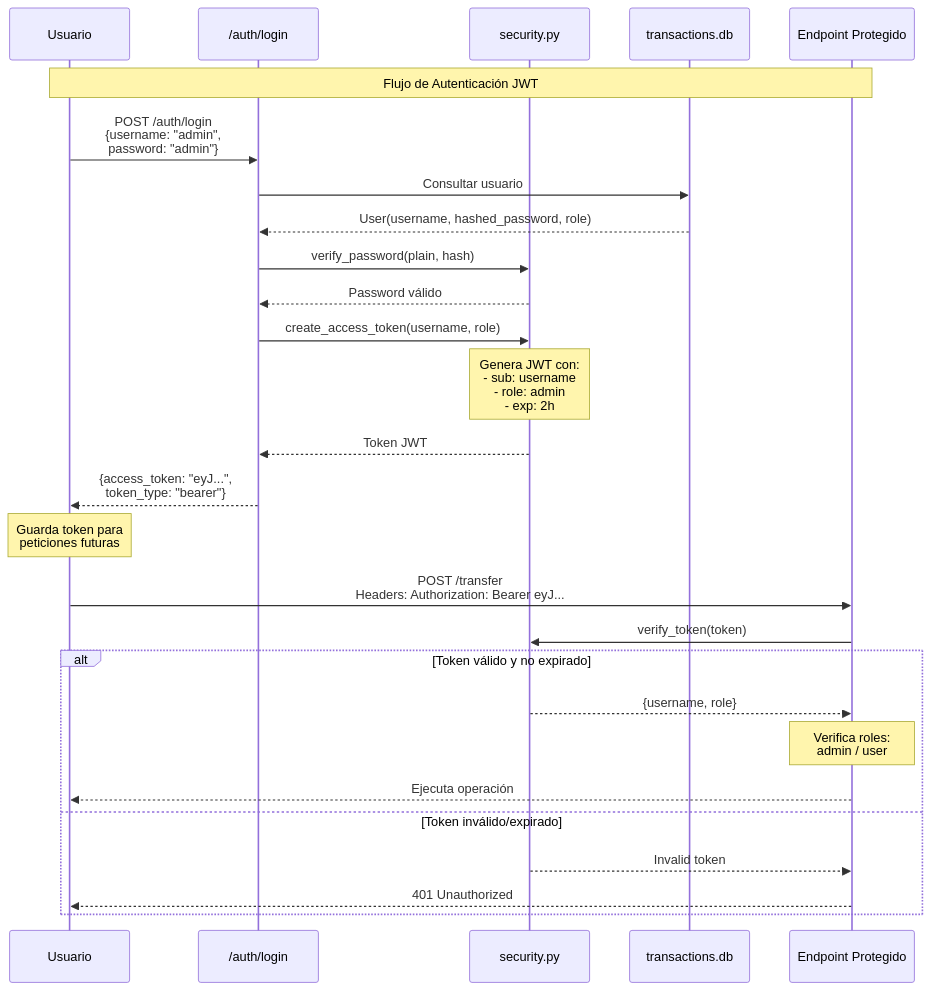
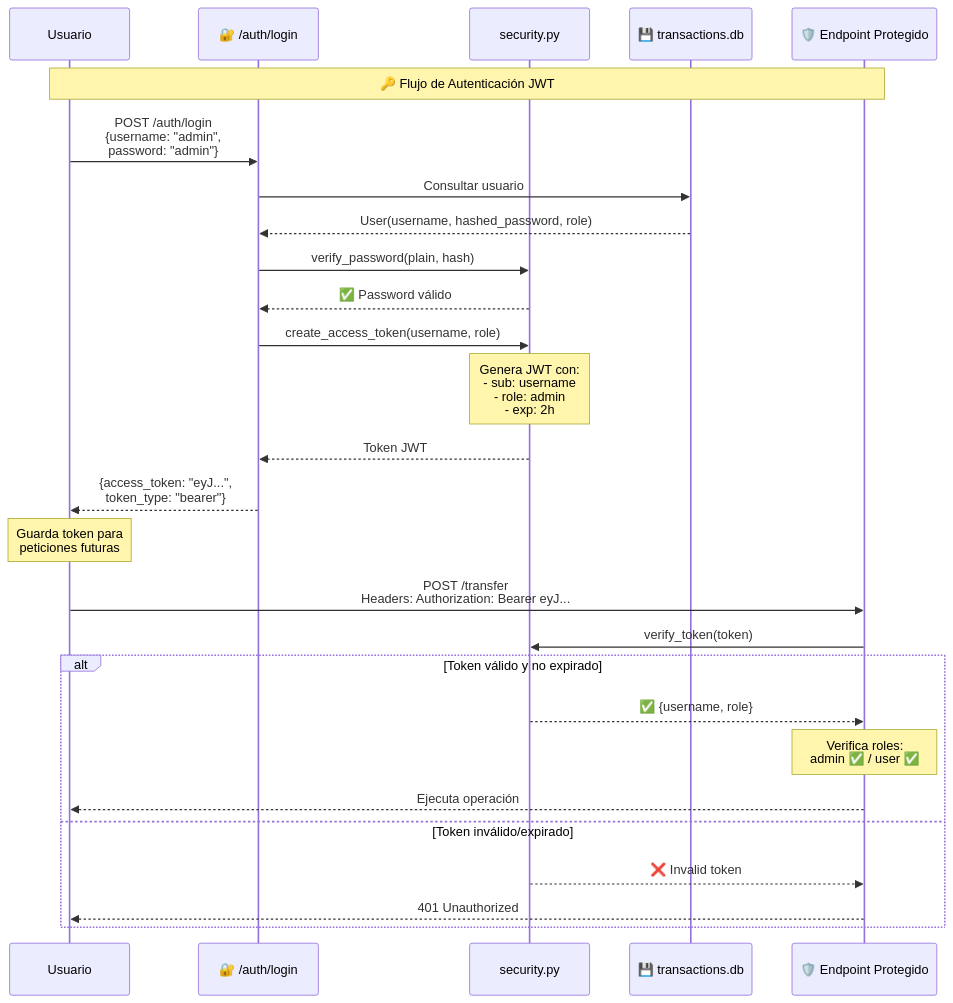
One commit to axlprz/APIv2final changed the fifth of 8 diagrams in README_DOCUMENTACION.md. Above: the diagram before and after it, drawn with Mermaid. The commit also changed other lines of this file, not shown here.

````diff
--- a/README_DOCUMENTACION.md
+++ b/README_DOCUMENTACION.md
@@ -344,38 +344,38 @@
 ```mermaid
 sequenceDiagram
     participant Usuario
-    participant Auth as /auth/login
+    participant Auth as 🔐 /auth/login
     participant Security as security.py
-    participant DB as transactions.db
-    participant Protected as Endpoint Protegido
+    participant DB as 💾 transactions.db
+    participant Protected as 🛡️ Endpoint Protegido
     
-    Note over Usuario,Protected: Flujo de Autenticación JWT
+    Note over Usuario,Protected: 🔑 Flujo de Autenticación JWT
     
     Usuario->>Auth: POST /auth/login<br/>{username: "admin",<br/>password: "admin"}
     
     Auth->>DB: Consultar usuario
     DB-->>Auth: User(username, hashed_password, role)
     
     Auth->>Security: verify_password(plain, hash)
-    Security-->>Auth: Password válido
+    Security-->>Auth: ✅ Password válido
     
     Auth->>Security: create_access_token(username, role)
     Note over Security: Genera JWT con:<br/>- sub: username<br/>- role: admin<br/>- exp: 2h
     Security-->>Auth: Token JWT
     
     Auth-->>Usuario: {access_token: "eyJ...",<br/>token_type: "bearer"}
     
     Note over Usuario: Guarda token para<br/>peticiones futuras
     
     Usuario->>Protected: POST /transfer<br/>Headers: Authorization: Bearer eyJ...
     
     Protected->>Security: verify_token(token)
     alt Token válido y no expirado
-        Security-->>Protected: {username, role}
-        Note over Protected: Verifica roles:<br/>admin / user
+        Security-->>Protected: ✅ {username, role}
+        Note over Protected: Verifica roles:<br/>admin ✅ / user ✅
         Protected-->>Usuario: Ejecuta operación
     else Token inválido/expirado
-        Security-->>Protected: Invalid token
+        Security-->>Protected: ❌ Invalid token
         Protected-->>Usuario: 401 Unauthorized
     end
 ```
````
